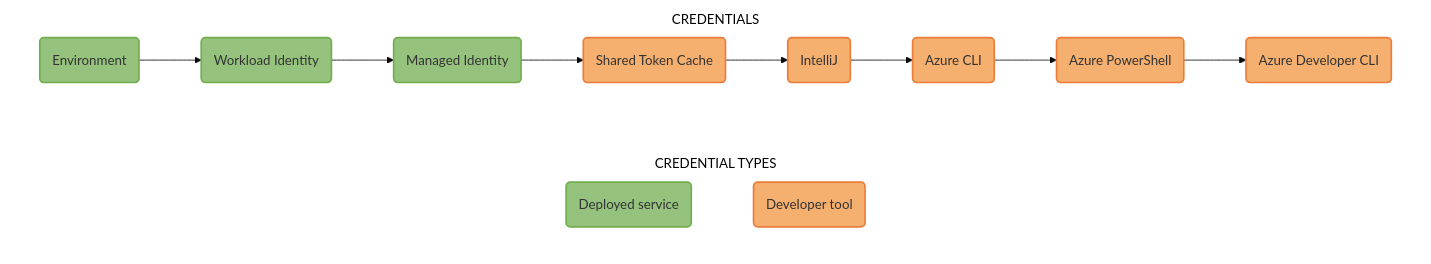
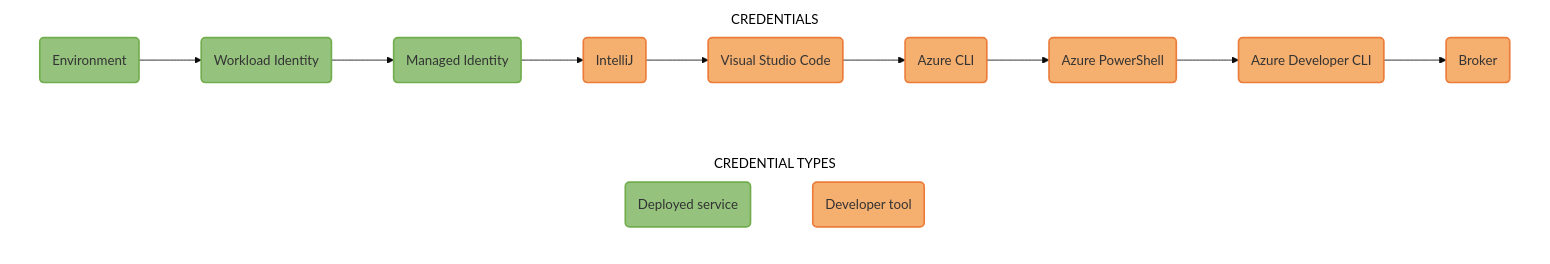
The diagram in articles/java/sdk/mermaidjs/default-azure-credential-auth-flow.md (MicrosoftDocs/azure-dev-docs), drawn with Mermaid before and after one commit. The commit also changed 5 other files, not shown here.

Commit message:
Update Java credential chains doc for 1.17.0 release

````diff
--- a/articles/java/sdk/mermaidjs/default-azure-credential-auth-flow.md
+++ b/articles/java/sdk/mermaidjs/default-azure-credential-auth-flow.md
@@ -1,54 +1,56 @@
 ```mermaid
 %% STEPS TO GENERATE IMAGE
 %% =======================
 %% 1. Install mermaid CLI v10.9.1 (see https://github.com/mermaid-js/mermaid-cli/blob/master/README.md):
 %%    npm i -g @mermaid-js/mermaid-cli@10.9.1
 %% 2. Run commands:
 %%    mmdc -i default-azure-credential-auth-flow.md -o ../media/mermaidjs/default-azure-credential-auth-flow-inline.svg
-%%    mmdc -i default-azure-credential-auth-flow.md -o ../media/mermaidjs/default-azure-credential-auth-flow-expanded.png -w 1156id
+%%    mmdc -i default-azure-credential-auth-flow.md -o ../media/mermaidjs/default-azure-credential-auth-flow-expanded.png -w 1156
 
 %%{
   init: {
     'theme': 'base',
     'themeVariables': {
       'tertiaryBorderColor': '#fff',
       'tertiaryColor': '#fff'
     }
   }
 }%%
 
 flowchart LR;
     accTitle: DefaultAzureCredential authentication flow;
     accDescr: Flowchart showing the credential chain implemented by DefaultAzureCredential;
 
     subgraph CREDENTIAL TYPES;
         direction LR;
         Deployed(Deployed service):::deployed ~~~ Developer(Developer tool):::developer;
     end;
 
     subgraph CREDENTIALS;
         direction LR;
         A(Environment):::deployed --> 
         B(Workload Identity):::deployed --> 
         C(Managed Identity):::deployed --> 
-        D(Shared Token Cache):::developer --> 
-        E(IntelliJ):::developer --> 
+        D(IntelliJ):::developer --> 
+        E(Visual Studio Code):::developer --> 
         F(Azure CLI):::developer --> 
         G(Azure PowerShell):::developer --> 
-        H(Azure Developer CLI):::developer;
+        H(Azure Developer CLI):::developer -->
+        I(Broker):::developer;
     end;
 
     %% Define styles for credential type boxes
     classDef deployed fill:#95C37E, stroke:#71AD4C, stroke-width:2px;
     classDef developer fill:#F5AF6F, stroke:#EB7C39, stroke-width:2px;
 
     %% Add API ref links to credential type boxes
     click A "https://learn.microsoft.com/java/api/com.azure.identity.environmentcredential?view=azure-java-stable" _blank;
     click B "https://learn.microsoft.com/java/api/com.azure.identity.workloadidentitycredential?view=azure-java-stable" _blank;
     click C "https://learn.microsoft.com/java/api/com.azure.identity.managedidentitycredential?view=azure-java-stable" _blank;
-    click D "https://learn.microsoft.com/java/api/com.azure.identity.sharedtokencachecredential?view=azure-java-stable" _blank;
-    click E "https://learn.microsoft.com/java/api/com.azure.identity.intellijcredential?view=azure-java-stable" _blank;
+    click D "https://learn.microsoft.com/java/api/com.azure.identity.intellijcredential?view=azure-java-stable" _blank;
+    click E "https://learn.microsoft.com/java/api/com.azure.identity.visualstudiocodecredential?view=azure-java-stable" _blank;
     click F "https://learn.microsoft.com/java/api/com.azure.identity.azureclicredential?view=azure-java-stable" _blank;
     click G "https://learn.microsoft.com/java/api/com.azure.identity.azurepowershellcredential?view=azure-java-stable" _blank;
     click H "https://learn.microsoft.com/java/api/com.azure.identity.azuredeveloperclicredential?view=azure-java-stable" _blank;
+    click I "https://learn.microsoft.com/java/api/com.azure.identity.interactivebrowsercredential?view=azure-java-stable" _blank;
 ```
````
